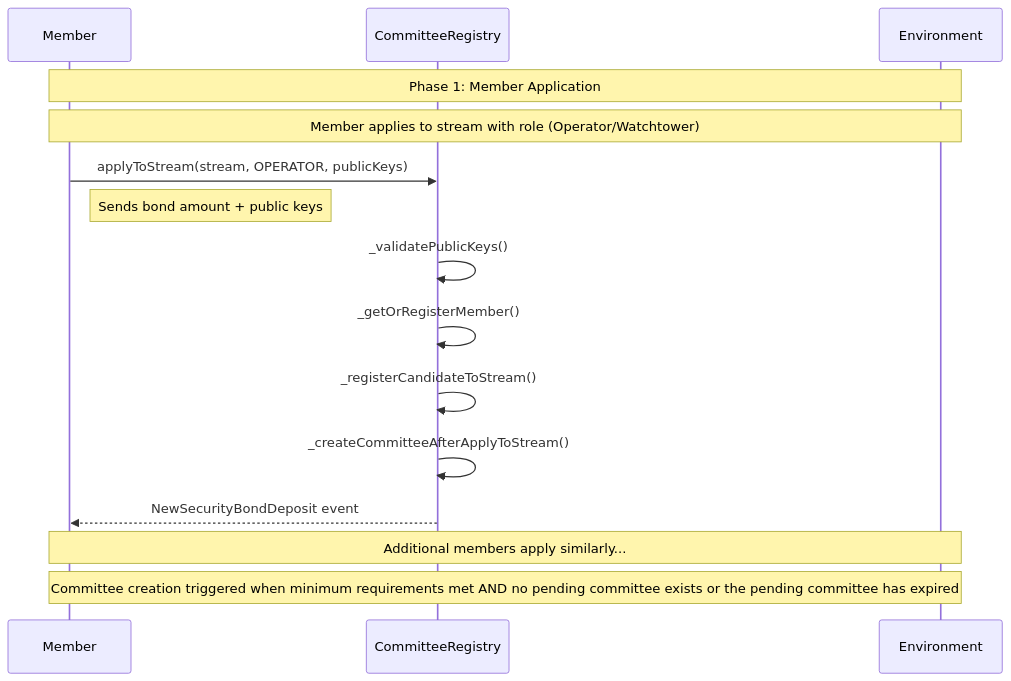
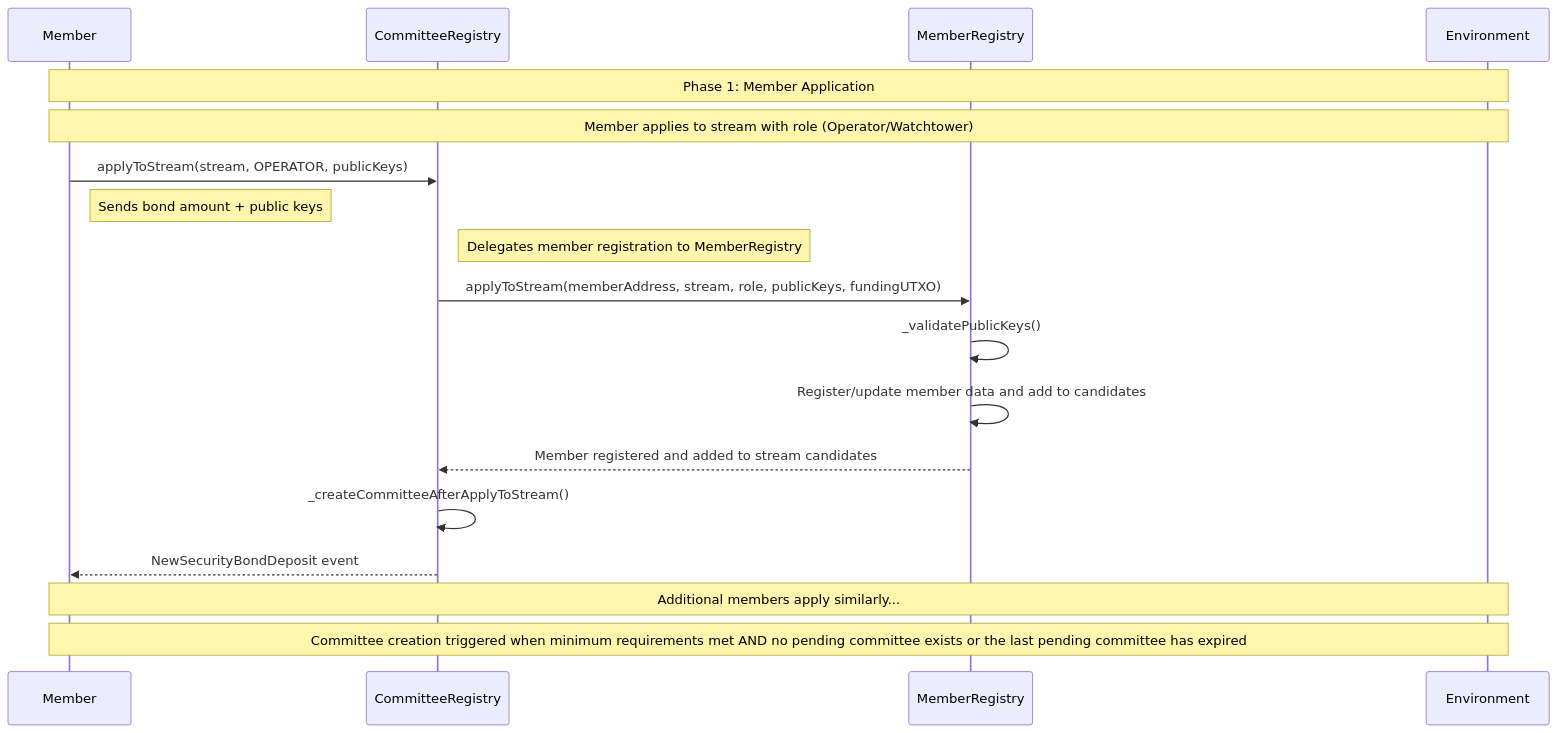
The first of 11 diagrams in docs/src/README.md (rsksmart/union-bridge-contracts), drawn with Mermaid before and after one commit. The commit also changed other lines of this file and 7 other files, not shown here.

Commit message:
update documentation after CommitteeRegistry split

````diff
--- a/docs/src/README.md
+++ b/docs/src/README.md
@@ -40,20 +40,23 @@
 ```mermaid
 sequenceDiagram
     participant M as Member
     participant CR as CommitteeRegistry
+    participant MR as MemberRegistry
     participant ENV as Environment
 
     Note over M,ENV: Phase 1: Member Application
     Note over M,ENV: Member applies to stream with role (Operator/Watchtower)
 
     M->>CR: applyToStream(stream, OPERATOR, publicKeys)
     Note right of M: Sends bond amount + public keys
-    CR->>CR: _validatePublicKeys()
-    CR->>CR: _getOrRegisterMember()
-    CR->>CR: _registerCandidateToStream()
+    Note right of CR: Delegates member registration to MemberRegistry
+    CR->>MR: applyToStream(memberAddress, stream, role, publicKeys, fundingUTXO)
+    MR->>MR: _validatePublicKeys()
+    MR->>MR: Register/update member data and add to candidates
+    MR-->>CR: Member registered and added to stream candidates
     CR->>CR: _createCommitteeAfterApplyToStream()
     CR-->>M: NewSecurityBondDeposit event
 
     Note over M,ENV: Additional members apply similarly...
-    Note over M,ENV: Committee creation triggered when minimum requirements met AND no pending committee exists or the pending committee has expired
+    Note over M,ENV: Committee creation triggered when minimum requirements met AND no pending committee exists or the last pending committee has expired
 ```
````
